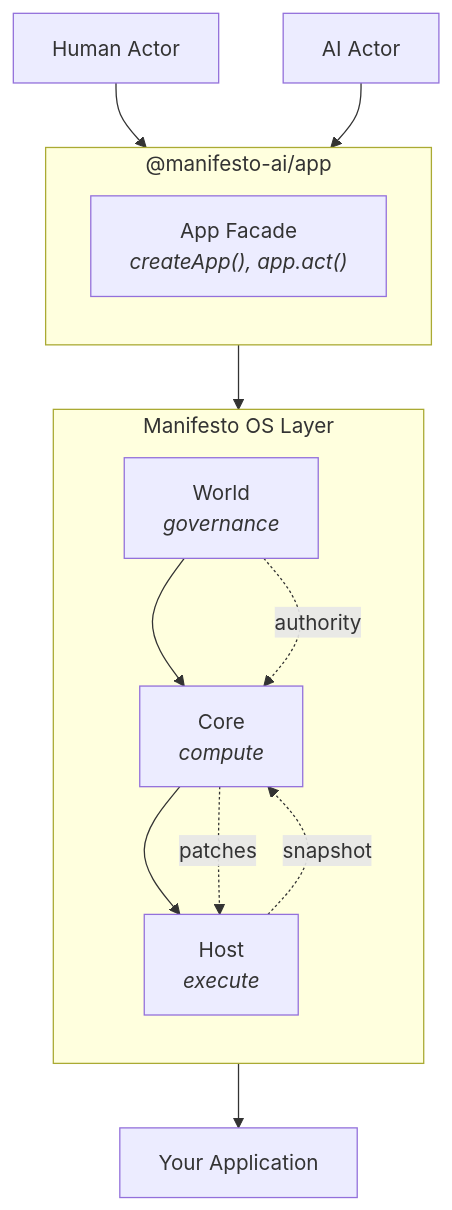
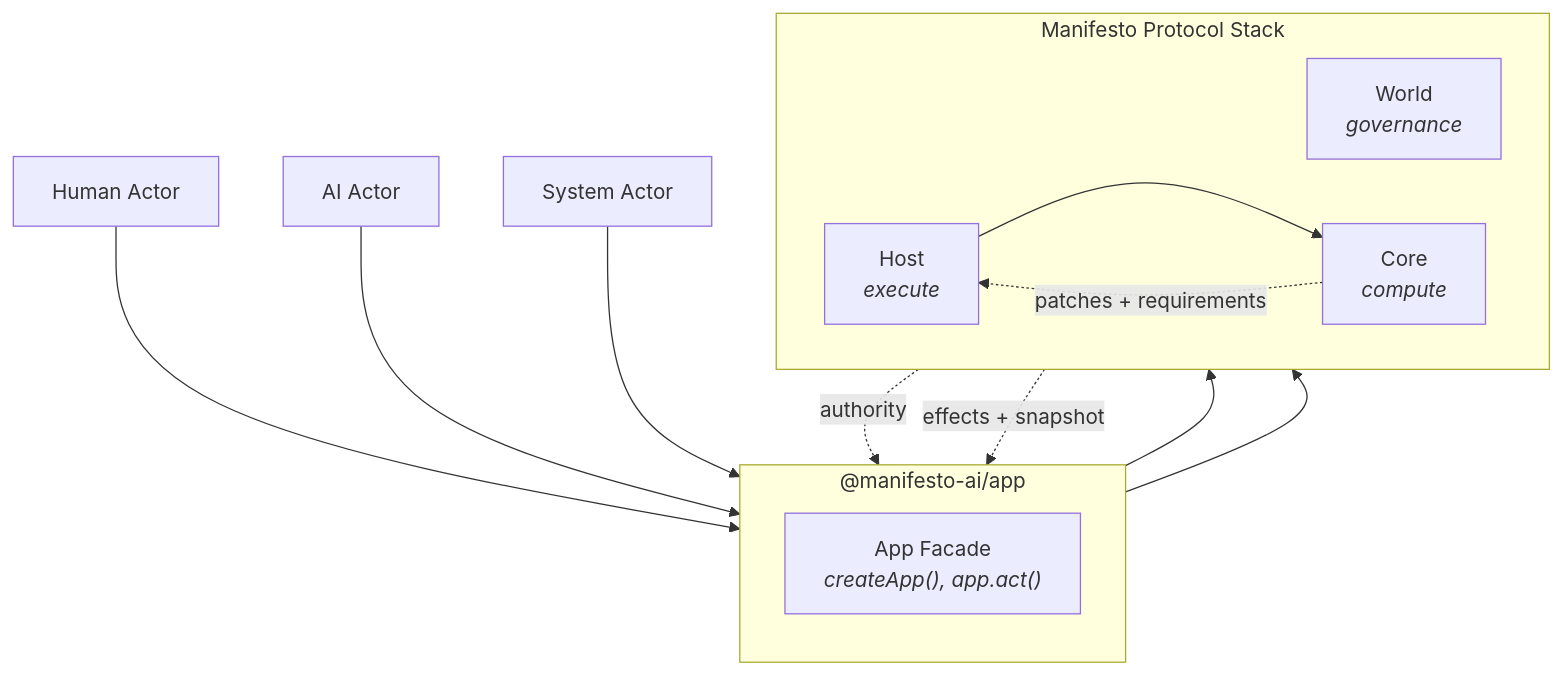
The diagram in README.md (manifesto-ai/core), drawn with Mermaid before and after one commit. The commit also changed other lines of this file and 8 other files, not shown here.

````diff
--- a/README.md
+++ b/README.md
@@ -80,30 +116,29 @@
 ```mermaid
 flowchart TB
     Human[Human Actor]
     AI[AI Actor]
+    System[System Actor]
 
     subgraph AppLayer["@manifesto-ai/app"]
         direction TB
         AppFacade["App Facade<br/><i>createApp(), app.act()</i>"]
     end
 
-    subgraph Manifesto["Manifesto OS Layer"]
-        direction TB
+    subgraph Manifesto["Manifesto Protocol Stack"]
+        direction LR
         World["World<br/><i>governance</i>"]
+        Host["Host<br/><i>execute</i>"]
         Core["Core<br/><i>compute</i>"]
-        Host["Host<br/><i>execute</i>"]
     end
-
-    YourApp[Your Application]
 
     Human --> AppFacade
     AI --> AppFacade
+    System --> AppFacade
     AppFacade --> World
-    World --> Core
-    Core --> Host
-    Host --> YourApp
+    AppFacade --> Host
+    Host --> Core
 
-    Core -.->|"patches"| Host
-    Host -.->|"snapshot"| Core
-    World -.->|"authority"| Core
+    World -.->|"authority"| AppFacade
+    Core -.->|"patches + requirements"| Host
+    Host -.->|"effects + snapshot"| AppFacade
 ```
````
